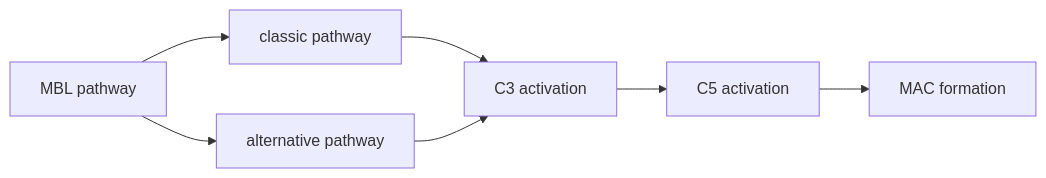
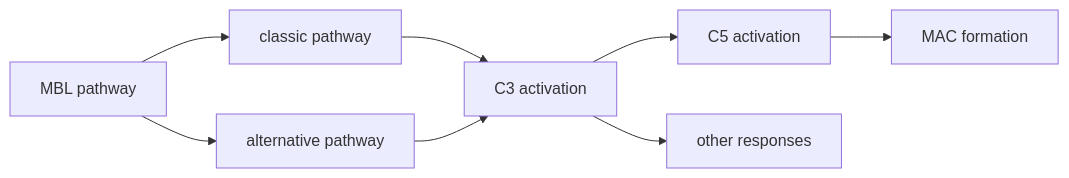
The third of 4 diagrams in course/molecular-immunology/molecular-immunology.md (gxf1212/notes), drawn with Mermaid before and after one commit. The commit also changed other lines of this file and 12 other files, not shown here.

````diff
--- a/course/molecular-immunology/molecular-immunology.md
+++ b/course/molecular-immunology/molecular-immunology.md
@@ -719,9 +723,10 @@
 ```mermaid
 graph LR
 c[classic pathway] --> c3[C3 activation]
 a[alternative pathway] --> c3
 m[MBL pathway] --> c
 m[MBL pathway] --> a
 c3 --> c5[C5 activation]
 c5 --> mac[MAC formation]
+c3 --> o[other responses]
 ```
````
